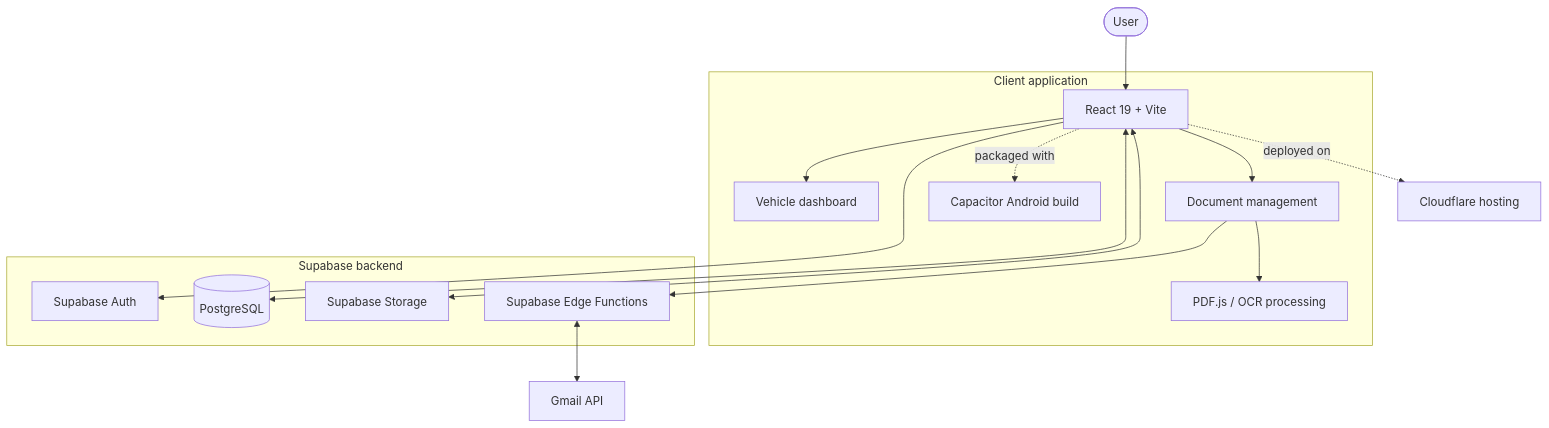
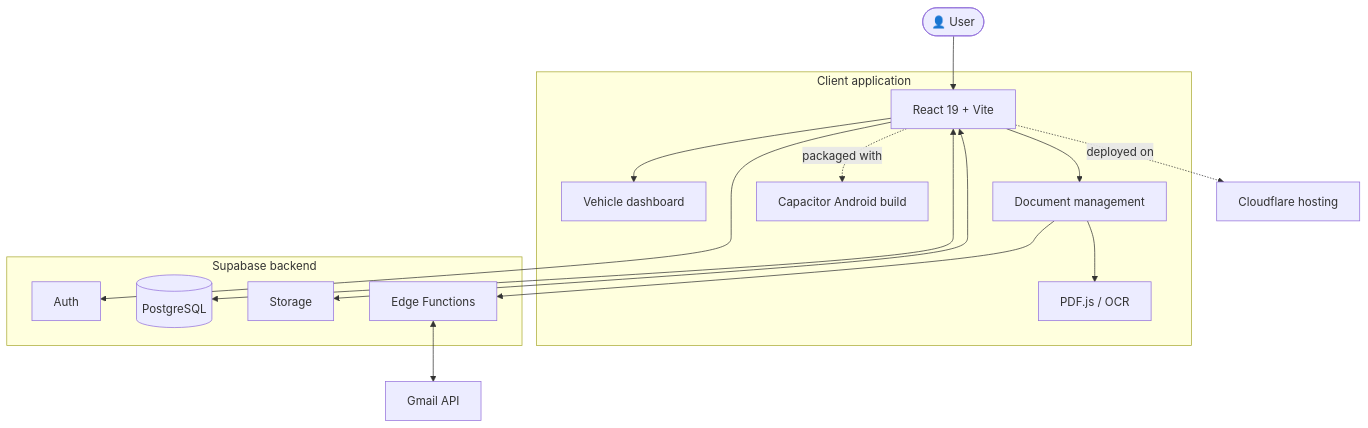
One commit to AlwinJCOde667/MyGarage changed the diagram in README.md. Above: the diagram before and after it, drawn with Mermaid. The commit also changed other lines of this file, not shown here.

````diff
--- a/README.md
+++ b/README.md
@@ -101,33 +117,34 @@
 ```mermaid
 flowchart TB
-    USER(["User"])
+    USER(["👤 User"])
+
     subgraph CLIENT["Client application"]
         UI["React 19 + Vite"]
         GARAGE["Vehicle dashboard"]
         DOCS["Document management"]
-        PDF["PDF.js / OCR processing"]
+        PDF["PDF.js / OCR"]
         MOBILE["Capacitor Android build"]
         UI --> GARAGE
         UI --> DOCS
         DOCS --> PDF
         UI -. packaged with .-> MOBILE
     end
 
     subgraph CLOUD["Supabase backend"]
-        AUTH["Supabase Auth"]
+        AUTH["Auth"]
         DB[("PostgreSQL")]
-        STORAGE["Supabase Storage"]
-        EDGE["Supabase Edge Functions"]
+        STORAGE["Storage"]
+        EDGE["Edge Functions"]
     end
 
     GMAIL["Gmail API"]
-    CLOUDFLARE["Cloudflare hosting"]
+    CF["Cloudflare hosting"]
 
     USER --> UI
     UI --> AUTH
     UI <--> DB
     UI <--> STORAGE
     DOCS --> EDGE
     EDGE <--> GMAIL
-    UI -. deployed on .-> CLOUDFLARE
+    UI -. deployed on .-> CF
 ```
````
